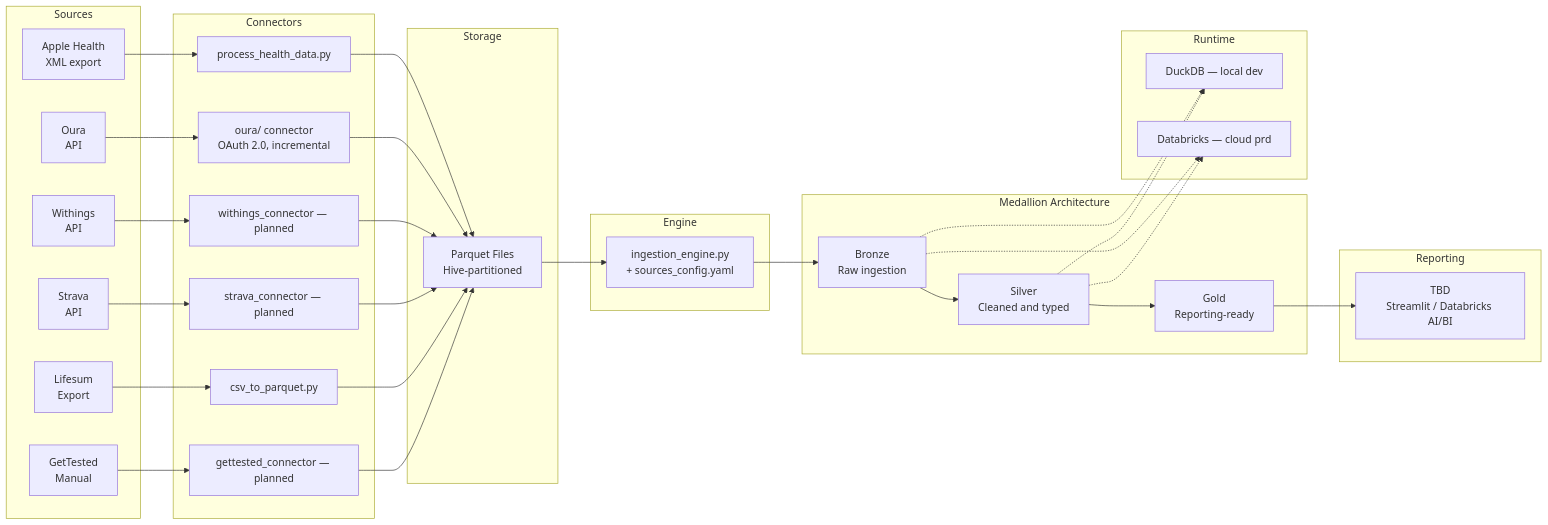
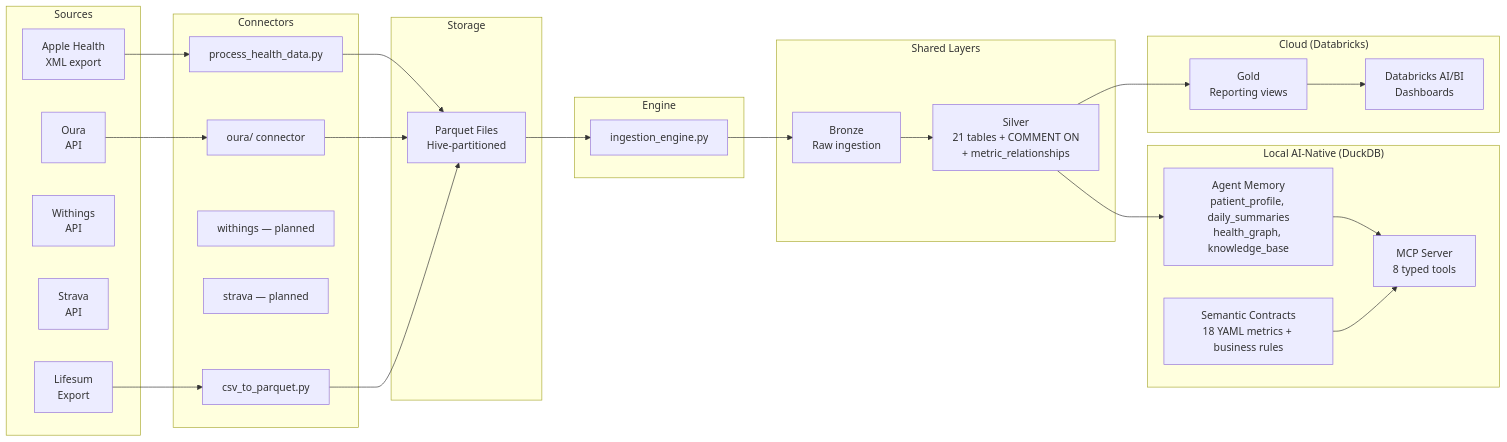
Before and after one commit to EduardPetraeus/HealthReporting: the first of 2 diagrams in docs/architecture.md, drawn with Mermaid. The commit also changed other lines of this file and 3 other files, not shown here.

````diff
--- a/docs/architecture.md
+++ b/docs/architecture.md
@@ -10,59 +16,52 @@
 ```mermaid
 graph LR
     subgraph Sources
         AH[Apple Health<br/>XML export]
         OU[Oura<br/>API]
         WI[Withings<br/>API]
         ST[Strava<br/>API]
         LI[Lifesum<br/>Export]
-        GT[GetTested<br/>Manual]
     end
 
     subgraph Connectors
         C1[process_health_data.py]
-        C2[oura/ connector<br/>OAuth 2.0, incremental]
-        C3[withings_connector — planned]
-        C4[strava_connector — planned]
+        C2[oura/ connector]
+        C3[withings — planned]
+        C4[strava — planned]
         C5[csv_to_parquet.py]
-        C6[gettested_connector — planned]
     end
 
     subgraph Storage
         PQ[Parquet Files<br/>Hive-partitioned]
     end
 
-    subgraph Medallion["Medallion Architecture"]
-        B[Bronze<br/>Raw ingestion]
-        S[Silver<br/>Cleaned and typed]
-        G[Gold<br/>Reporting-ready]
+    subgraph Engine
+        IE[ingestion_engine.py]
     end
 
-    subgraph Engine
-        IE[ingestion_engine.py<br/>+ sources_config.yaml]
+    subgraph Shared["Shared Layers"]
+        B[Bronze<br/>Raw ingestion]
+        S[Silver<br/>21 tables + COMMENT ON<br/>+ metric_relationships]
     end
 
-    subgraph Runtime
-        DDB[DuckDB — local dev]
-        DBX[Databricks — cloud prd]
+    subgraph Local["Local AI-Native (DuckDB)"]
+        AM[Agent Memory<br/>patient_profile, daily_summaries<br/>health_graph, knowledge_base]
+        SC[Semantic Contracts<br/>18 YAML metrics + business rules]
+        MCP[MCP Server<br/>8 typed tools]
     end
 
-    subgraph Reporting
-        RP[TBD<br/>Streamlit / Databricks AI/BI]
+    subgraph Cloud["Cloud (Databricks)"]
+        G[Gold<br/>Reporting views]
+        BI[Databricks AI/BI<br/>Dashboards]
     end
 
     AH --> C1 --> PQ
     OU --> C2 --> PQ
-    WI --> C3 --> PQ
-    ST --> C4 --> PQ
     LI --> C5 --> PQ
-    GT --> C6 --> PQ
 
-    PQ --> IE --> B
-    B --> S --> G
-    G --> RP
-
-    B -.-> DDB
-    B -.-> DBX
-    S -.-> DDB
-    S -.-> DBX
+    PQ --> IE --> B --> S
+    S --> AM
+    S --> G --> BI
+    AM --> MCP
+    SC --> MCP
 ```
````
